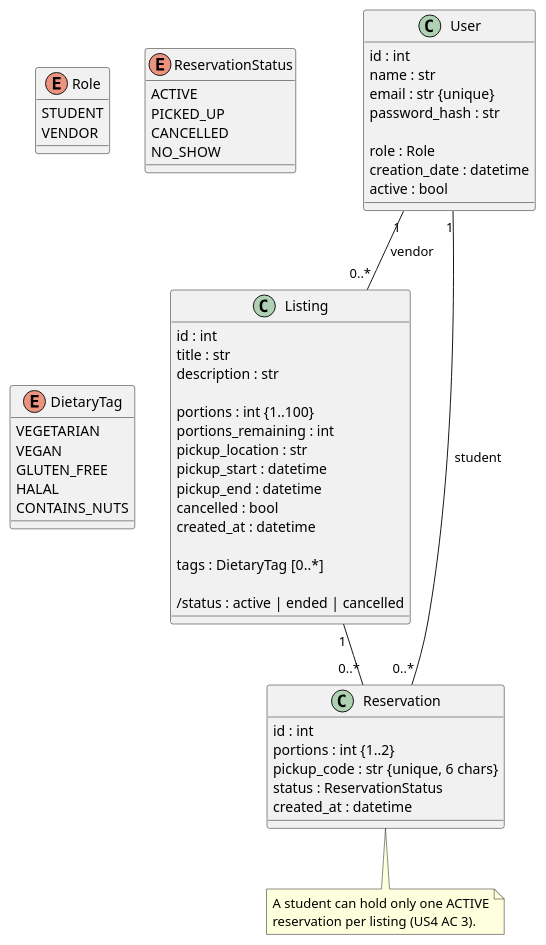
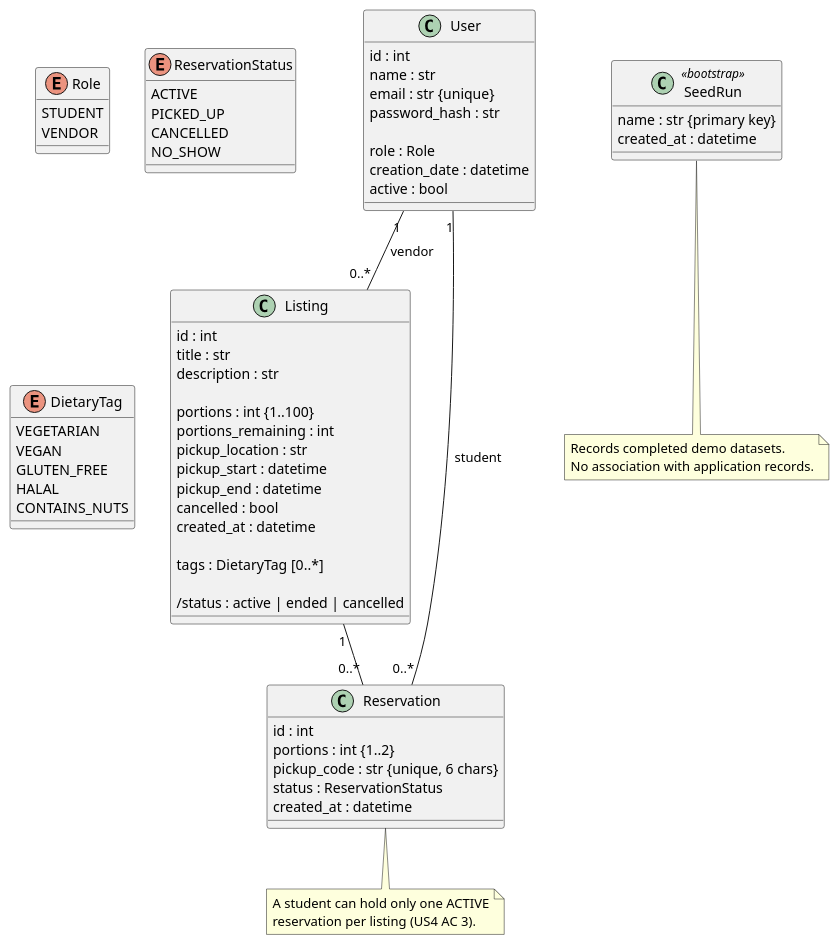
Before and after one commit to xsoul279/TeamLeftOutCampusEats: the diagram in uml/class.wsd, drawn with PlantUML. The commit also changed 6 other files, not shown here.

```diff
--- a/uml/class.wsd
+++ b/uml/class.wsd
@@ -1,88 +1,98 @@
 @startuml class
 
 ' ========== KEY ==========
 ' Numbers on the lines (how many):
 '   1      = exactly one
 '   0..1   = none or one
 '   0..*   = none, one, or a bunch (any amount)
 '   1..*   = at least one
 
 ' "enum" = fixed list of options. User is either a STUDENT or a VENDOR
 enum Role {
     STUDENT
     VENDOR
 }
 
 class User {
     id : int
     name : str
     email : str {unique}
     password_hash : str
 
     ' role uses the Role list up top
     role : Role
     creation_date : datetime
     active : bool
 }
 
 class Listing {
     id : int
     title : str
     description : str
 
     ' {1..100} = has to be between 1 and 100
     portions : int {1..100}
     portions_remaining : int
     pickup_location : str
     pickup_start : datetime
     pickup_end : datetime
     cancelled : bool
     created_at : datetime
 
     ' [0..*] = zero or more tags. A listing can have none, one, or a bunch.
     tags : DietaryTag [0..*]
 
     ' The / means we calculate this
     ' Cancelled? -> cancelled. Past pickup_end? -> ended. Otherwise -> active.
     /status : active | ended | cancelled
 }
 
 ' No vendor or student fields in here. The lines at the bottom handle that.
 class Reservation {
     id : int
     portions : int {1..2}
     pickup_code : str {unique, 6 chars}
     status : ReservationStatus
     created_at : datetime
 }
 
 enum ReservationStatus {
     ACTIVE
     PICKED_UP
     CANCELLED
     NO_SHOW
 }
 
 enum DietaryTag {
     VEGETARIAN
     VEGAN
     GLUTEN_FREE
     HALAL
     CONTAINS_NUTS
 }
 
 ' One User has 0..* Listings. One Listing has 1 User (the vendor).
 User "1" -- "0..*" Listing : vendor
 
 ' One User has 0..* Reservations. One Reservation has 1 User (the student).
 User "1" -- "0..*" Reservation : student
 
 ' One Listing has 0..* Reservations. One Reservation has 1 Listing.
 Listing "1" -- "0..*" Reservation
 
 note bottom of Reservation
   A student can hold only one ACTIVE
   reservation per listing (US4 AC 3).
 end note
 
+class SeedRun <<bootstrap>> {
+    name : str {primary key}
+    created_at : datetime
+}
+
+note bottom of SeedRun
+  Records completed demo datasets.
+  No association with application records.
+end note
+
 @enduml
```
